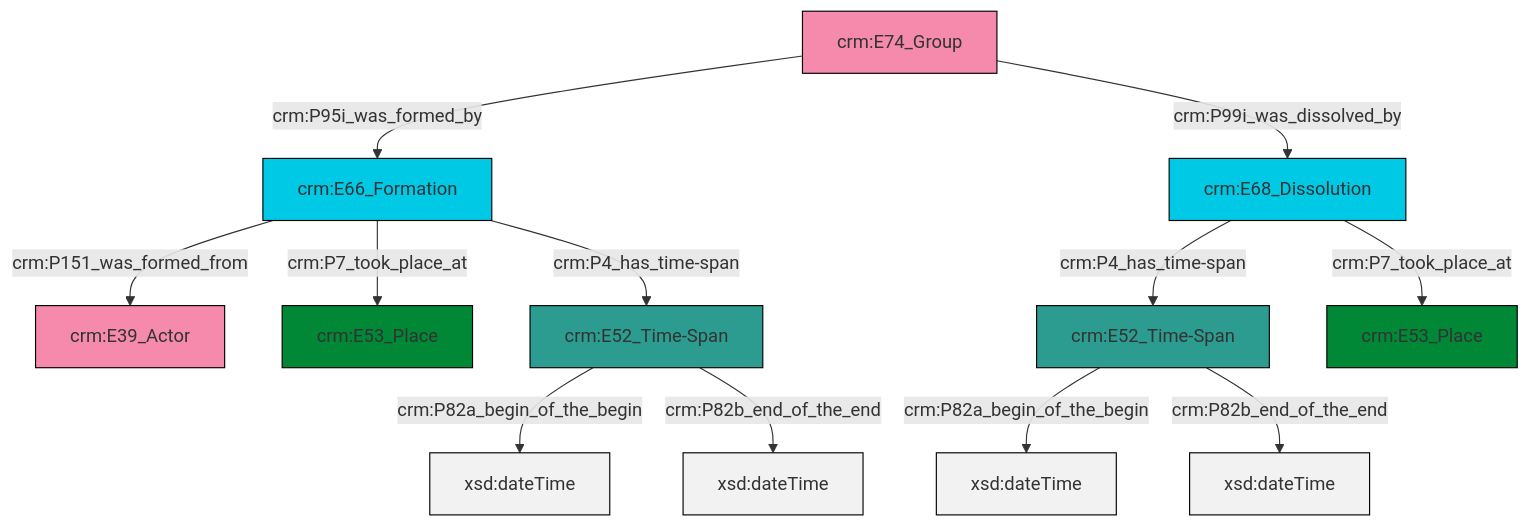
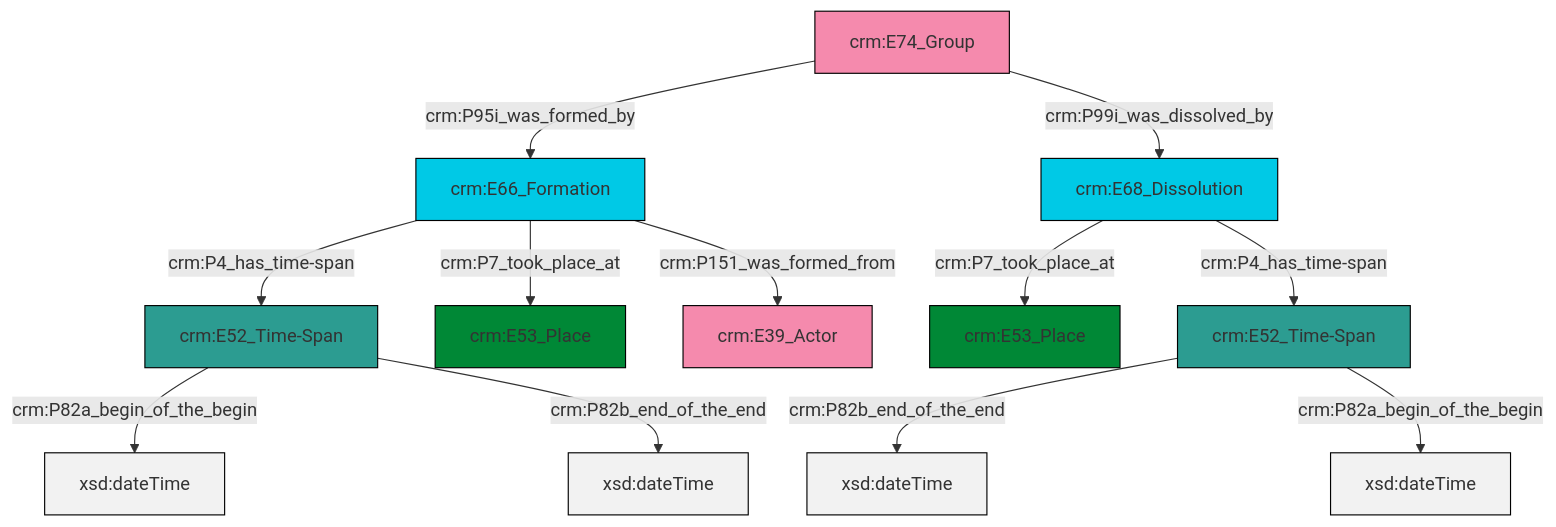
Before and after one commit to swiss-art-research-net/reference-data-models: the diagram in et/groupCSV/ttl/mmd/group_existence.ttl.mmd, drawn with Mermaid. The commit also changed 124 other files, not shown here.

```diff
--- a/et/groupCSV/ttl/mmd/group_existence.ttl.mmd
+++ b/et/groupCSV/ttl/mmd/group_existence.ttl.mmd
@@ -1,26 +1,26 @@
 graph TD
 classDef Literal fill:#f2f2f2,stroke:#000000;
 classDef CRM_Entity fill:#FFFFFF,stroke:#000000;
 classDef Temporal_Entity fill:#00C9E6, stroke:#000000;
 classDef Type fill:#E18312, stroke:#000000;
 classDef Time-Span fill:#2C9C91, stroke:#000000;
 classDef Appellation fill:#FFEB7F, stroke:#000000;
 classDef Place fill:#008836, stroke:#000000;
 classDef Persistent_Item fill:#B266B2, stroke:#000000;
 classDef Conceptual_Object fill:#FFD700, stroke:#000000;
 classDef Physical_Thing fill:#D2B48C, stroke:#000000;
 classDef Actor fill:#f58aad, stroke:#000000;
 classDef PC_Classes fill:#4ce600, stroke:#000000;
 classDef Multi fill:#cccccc,stroke:#000000;
 
-4["crm:E74_Group"]:::Actor -->|crm:P95i_was_formed_by| 0["crm:E66_Formation"]:::Temporal_Entity
-0["crm:E66_Formation"]:::Temporal_Entity -->|crm:P151_was_formed_from| 2["crm:E39_Actor"]:::Actor
-6["crm:E68_Dissolution"]:::Temporal_Entity -->|crm:P4_has_time-span| 7["crm:E52_Time-Span"]:::Time-Span
-7["crm:E52_Time-Span"]:::Time-Span -->|crm:P82a_begin_of_the_begin| 8[xsd:dateTime]:::Literal
-6["crm:E68_Dissolution"]:::Temporal_Entity -->|crm:P7_took_place_at| 9["crm:E53_Place"]:::Place
-0["crm:E66_Formation"]:::Temporal_Entity -->|crm:P7_took_place_at| 11["crm:E53_Place"]:::Place
-13["crm:E52_Time-Span"]:::Time-Span -->|crm:P82a_begin_of_the_begin| 14[xsd:dateTime]:::Literal
-4["crm:E74_Group"]:::Actor -->|crm:P99i_was_dissolved_by| 6["crm:E68_Dissolution"]:::Temporal_Entity
-7["crm:E52_Time-Span"]:::Time-Span -->|crm:P82b_end_of_the_end| 15[xsd:dateTime]:::Literal
-13["crm:E52_Time-Span"]:::Time-Span -->|crm:P82b_end_of_the_end| 16[xsd:dateTime]:::Literal
-0["crm:E66_Formation"]:::Temporal_Entity -->|crm:P4_has_time-span| 13["crm:E52_Time-Span"]:::Time-Span
+0["crm:E52_Time-Span"]:::Time-Span -->|crm:P82a_begin_of_the_begin| 1[xsd:dateTime]:::Literal
+6["crm:E74_Group"]:::Actor -->|crm:P95i_was_formed_by| 7["crm:E66_Formation"]:::Temporal_Entity
+9["crm:E68_Dissolution"]:::Temporal_Entity -->|crm:P7_took_place_at| 10["crm:E53_Place"]:::Place
+2["crm:E52_Time-Span"]:::Time-Span -->|crm:P82b_end_of_the_end| 12[xsd:dateTime]:::Literal
+7["crm:E66_Formation"]:::Temporal_Entity -->|crm:P4_has_time-span| 0["crm:E52_Time-Span"]:::Time-Span
+7["crm:E66_Formation"]:::Temporal_Entity -->|crm:P7_took_place_at| 14["crm:E53_Place"]:::Place
+9["crm:E68_Dissolution"]:::Temporal_Entity -->|crm:P4_has_time-span| 2["crm:E52_Time-Span"]:::Time-Span
+0["crm:E52_Time-Span"]:::Time-Span -->|crm:P82b_end_of_the_end| 15[xsd:dateTime]:::Literal
+6["crm:E74_Group"]:::Actor -->|crm:P99i_was_dissolved_by| 9["crm:E68_Dissolution"]:::Temporal_Entity
+2["crm:E52_Time-Span"]:::Time-Span -->|crm:P82a_begin_of_the_begin| 18[xsd:dateTime]:::Literal
+7["crm:E66_Formation"]:::Temporal_Entity -->|crm:P151_was_formed_from| 4["crm:E39_Actor"]:::Actor
```
